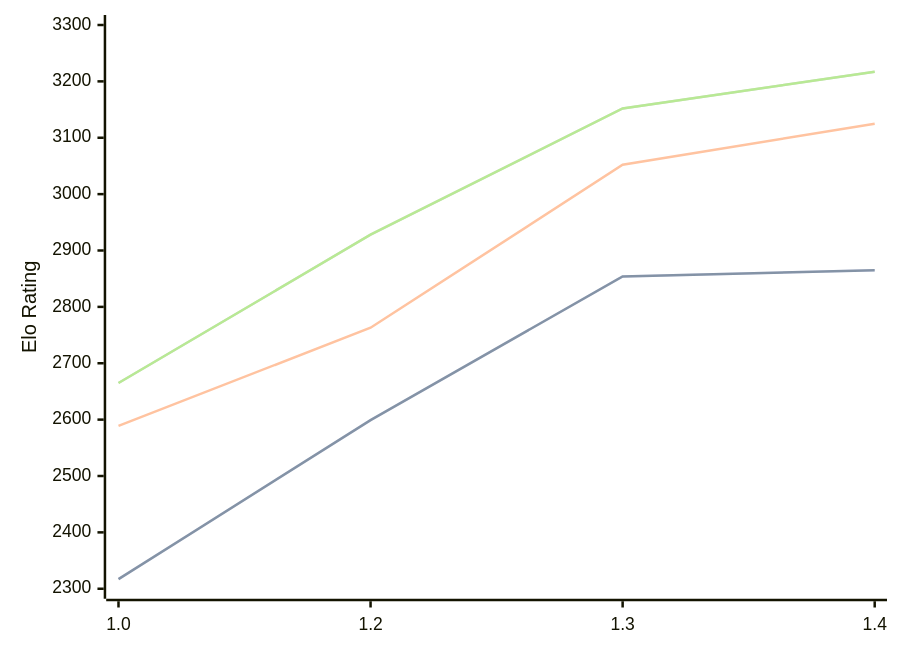
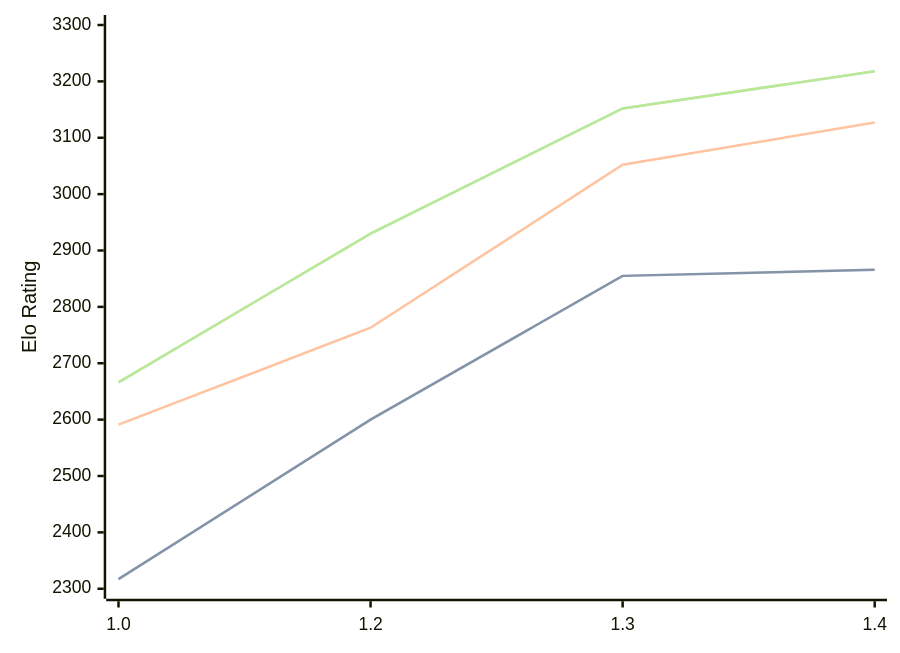
The third of 3 diagrams in engines/Chessnix.md (computer-chess-index/cci), drawn with Mermaid before and after one commit. The commit also changed other lines of this file, not shown here.

Commit message:
Update CCI Ratings (ELO VLTC) - 2026-06-23

````diff
--- a/engines/Chessnix.md
+++ b/engines/Chessnix.md
@@ -69,11 +69,11 @@
 ```mermaid
 %%{init: {"theme":"base","themeVariables":{"seriesColors:['#a3a3a3','#222221','#faa371']}}}%%
 xychart-beta
   x-axis ["1.0", "1.2", "1.3", "1.4"]
   y-axis "Elo Rating" 2300 --> 3300
-  line "STC (8.0+0.08s)" [2317, 2599, 2854, 2865]
-  line "STC (8.0+0.08s)" [2317, 2599, 2854, 2865]
-  line "LTC (60.0+0.60s)" [2589, 2763, 3052, 3125]
-  line "VLTC (2m24s+1.12s)" [2665, 2928, 3152, 3217]
-  line "VLTC (2m24s+1.12s)" [2665, 2928, 3152, 3217]
+  line "STC (8.0+0.08s)" [2317, 2600, 2855, 2866]
+  line "STC (8.0+0.08s)" [2317, 2600, 2855, 2866]
+  line "LTC (60.0+0.60s)" [2591, 2763, 3052, 3127]
+  line "VLTC (2m24s+1.12s)" [2666, 2930, 3152, 3218]
+  line "VLTC (2m24s+1.12s)" [2666, 2930, 3152, 3218]
 ```
````
